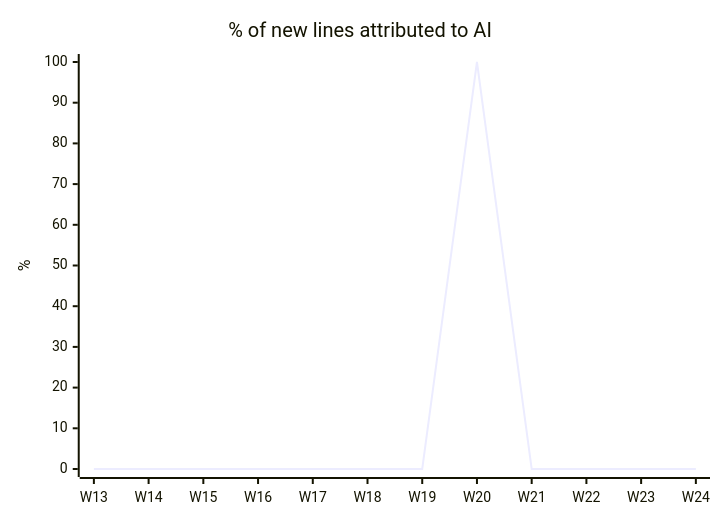
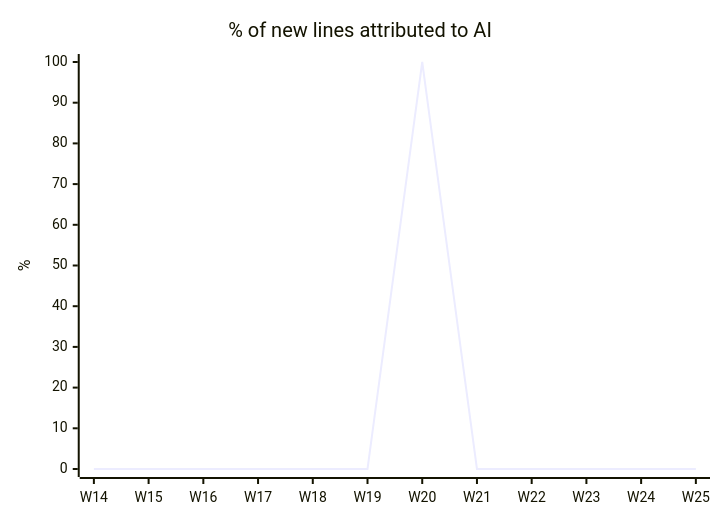
Before and after one commit to fromwaydowntown/ai-use: the first of 4 diagrams in docs/AI_USAGE.md, drawn with Mermaid. The commit also changed other lines of this file, not shown here.

````diff
--- a/docs/AI_USAGE.md
+++ b/docs/AI_USAGE.md
@@ -17,7 +17,7 @@
 ```mermaid
 xychart-beta
     title "% of new lines attributed to AI"
-    x-axis ["W13", "W14", "W15", "W16", "W17", "W18", "W19", "W20", "W21", "W22", "W23", "W24"]
+    x-axis ["W14", "W15", "W16", "W17", "W18", "W19", "W20", "W21", "W22", "W23", "W24", "W25"]
     y-axis "%" 0 --> 100
-    line [0, 0, 0, 0, 0, 0, 0, 100, 0, 0, 0, 0]
+    line [0, 0, 0, 0, 0, 0, 100, 0, 0, 0, 0, 0]
 ```
````
